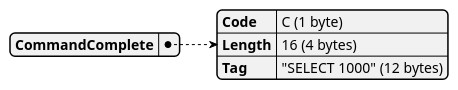
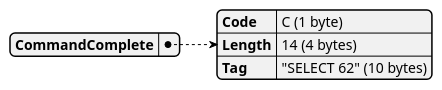
One commit to xfischer/pg_protoexport changed the tenth of 11 diagrams in docs/examples/exports/pagila-07-execute-with-maxrows-0-portalsuspended/capture.plantuml.pkt.md. Above: the diagram before and after it, drawn with PlantUML. The commit also changed other lines of this file and 135 other files, not shown here.

````diff
--- a/docs/examples/exports/pagila-07-execute-with-maxrows-0-portalsuspended/capture.plantuml.pkt.md
+++ b/docs/examples/exports/pagila-07-execute-with-maxrows-0-portalsuspended/capture.plantuml.pkt.md
@@ -253,11 +184,11 @@
 ```plantuml
 @startjson
 {
   "CommandComplete": {
     "Code": "C (1 byte)",
-    "Length": "16 (4 bytes)",
-    "Tag": "\"SELECT 1000\" (12 bytes)"
+    "Length": "14 (4 bytes)",
+    "Tag": "\"SELECT 62\" (10 bytes)"
   }
 }
 @endjson
 ```
````
